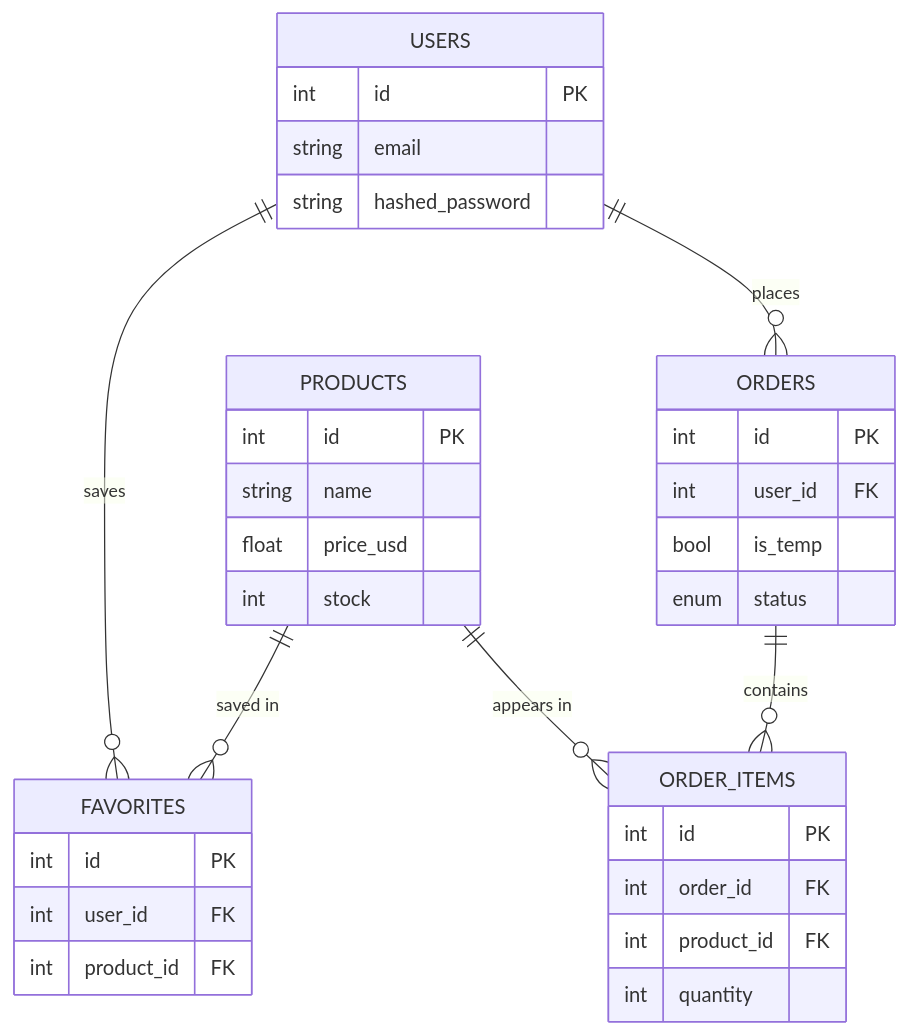
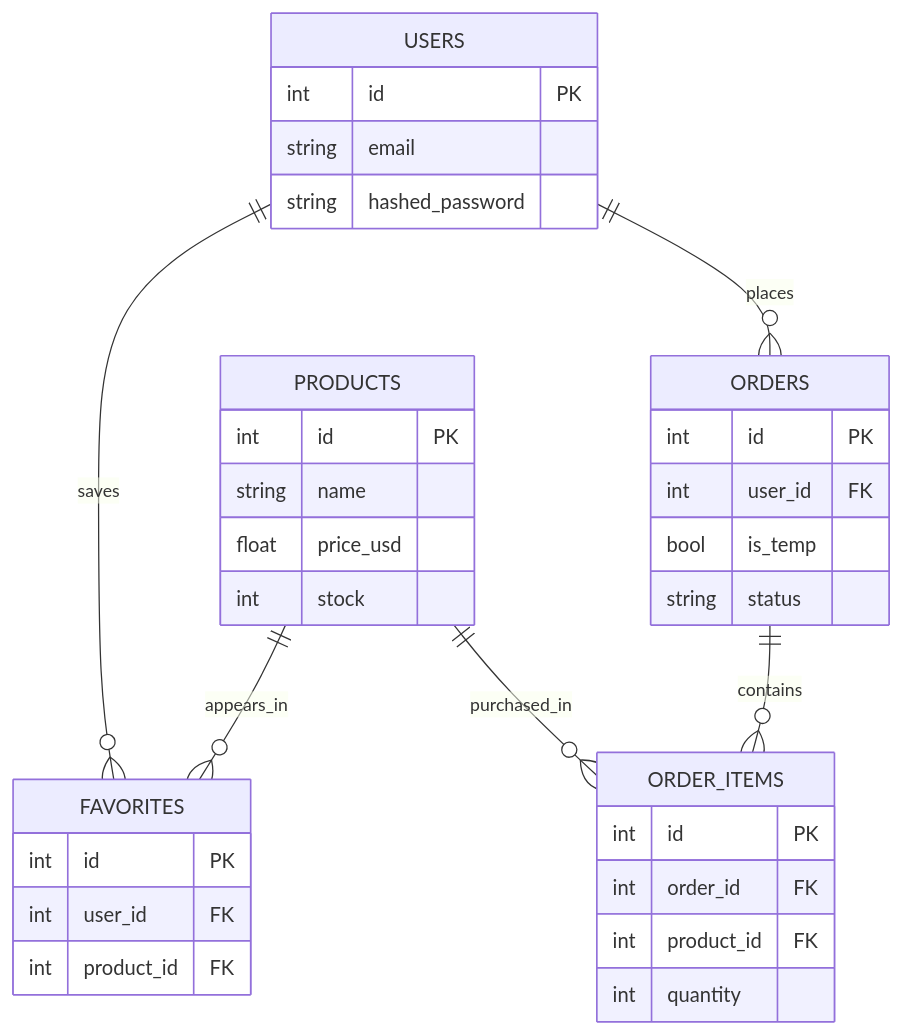
The third of 3 diagrams in README.md (Sd23368/CartIQ), drawn with Mermaid before and after one commit. The commit also changed other lines of this file, not shown here.

````diff
--- a/README.md
+++ b/README.md
@@ -181,37 +272,41 @@
 ```mermaid
 erDiagram
     USERS ||--o{ FAVORITES : saves
     USERS ||--o{ ORDERS : places
     ORDERS ||--o{ ORDER_ITEMS : contains
-    PRODUCTS ||--o{ FAVORITES : "saved in"
-    PRODUCTS ||--o{ ORDER_ITEMS : "appears in"
+    PRODUCTS ||--o{ FAVORITES : appears_in
+    PRODUCTS ||--o{ ORDER_ITEMS : purchased_in
 
     USERS {
         int id PK
         string email
         string hashed_password
     }
+
     PRODUCTS {
         int id PK
         string name
         float price_usd
         int stock
     }
+
     ORDERS {
         int id PK
         int user_id FK
         bool is_temp
-        enum status
+        string status
     }
+
     ORDER_ITEMS {
         int id PK
         int order_id FK
         int product_id FK
         int quantity
     }
+
     FAVORITES {
         int id PK
         int user_id FK
         int product_id FK
     }
 ```
````
